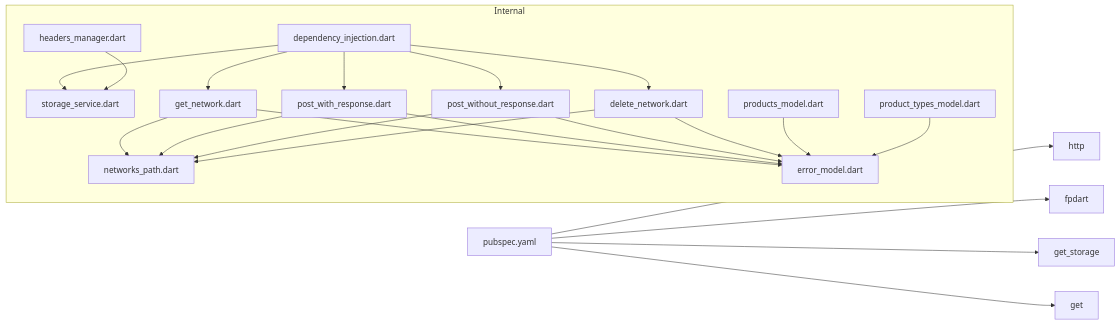
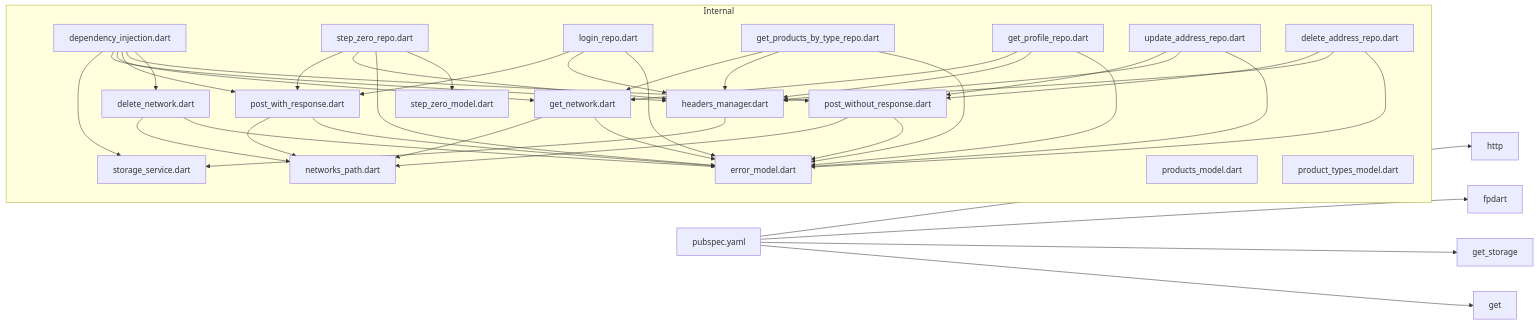
One commit to Ariful3111/FurniGo changed diagram 12 of 12 in .qoder/repowiki/en/content/Architecture Overview/Data Layer Architecture.md. Above: the diagram before and after it, drawn with Mermaid. The commit also changed other lines of this file and 10 other files, not shown here.

````diff
--- a/.qoder/repowiki/en/content/Architecture Overview/Data Layer Architecture.md
+++ b/.qoder/repowiki/en/content/Architecture Overview/Data Layer Architecture.md
@@ -604,36 +814,61 @@
 ```mermaid
 graph LR
 P["pubspec.yaml"] --> H["http"]
 P --> F["fpdart"]
 P --> GS["get_storage"]
 P --> G["get"]
 subgraph "Internal"
 DI["dependency_injection.dart"]
 SS["storage_service.dart"]
 HM["headers_manager.dart"]
 GN["get_network.dart"]
 PW["post_with_response.dart"]
 PWO["post_without_response.dart"]
 DN["delete_network.dart"]
 EM["error_model.dart"]
 NP["networks_path.dart"]
 PM["products_model.dart"]
 PTM["product_types_model.dart"]
+SM["step_zero_model.dart"]
+SZR["step_zero_repo.dart"]
+LR["login_repo.dart"]
+GPSR["get_products_by_type_repo.dart"]
+GPR["get_profile_repo.dart"]
+UAR["update_address_repo.dart"]
+DAR["delete_address_repo.dart"]
 end
 DI --> SS
+DI --> HM
 DI --> GN
 DI --> PW
 DI --> PWO
 DI --> DN
 HM --> SS
 GN --> NP
 PW --> NP
 PWO --> NP
 DN --> NP
 GN --> EM
 PW --> EM
 PWO --> EM
 DN --> EM
-PM --> EM
-PTM --> EM
+SZR --> PW
+LR --> PW
+GPSR --> GN
+GPR --> GN
+UAR --> PWO
+DAR --> PWO
+SZR --> HM
+LR --> HM
+GPSR --> HM
+GPR --> HM
+UAR --> HM
+DAR --> HM
+SZR --> EM
+LR --> EM
+GPSR --> EM
+GPR --> EM
+UAR --> EM
+DAR --> EM
+SZR --> SM
 ```
````
